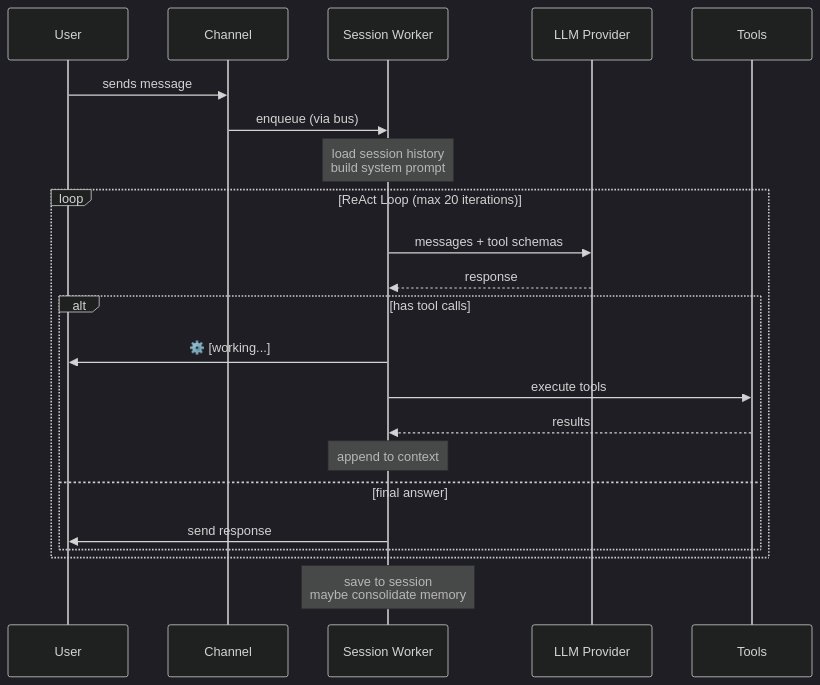
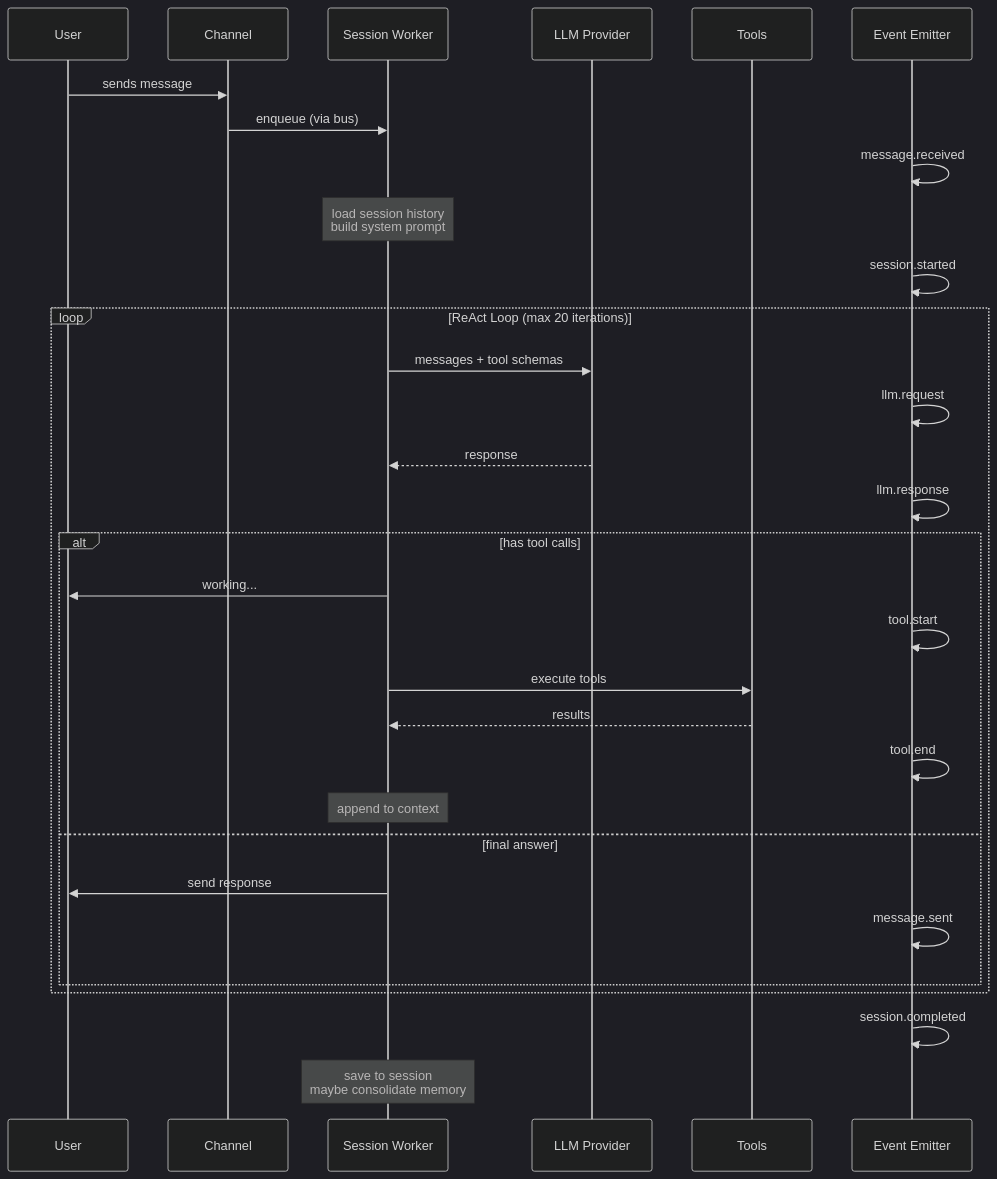
One commit to ddx-510/nano-bot-go changed the second of 4 diagrams in README.md. Above: the diagram before and after it, drawn with Mermaid (dark theme). The commit also changed other lines of this file and 13 other files, not shown here.

````diff
--- a/README.md
+++ b/README.md
@@ -92,29 +104,39 @@
 ```mermaid
 sequenceDiagram
     participant U as User
     participant C as Channel
     participant W as Session Worker
     participant LLM as LLM Provider
     participant T as Tools
+    participant E as Event Emitter
 
     U->>C: sends message
     C->>W: enqueue (via bus)
+    E->>E: message.received
 
     Note over W: load session history<br/>build system prompt
 
+    E->>E: session.started
+
     loop ReAct Loop (max 20 iterations)
         W->>LLM: messages + tool schemas
+        E->>E: llm.request
         LLM-->>W: response
+        E->>E: llm.response
 
         alt has tool calls
-            W->>U: ⚙️ [working...]
+            W->>U: working...
+            E->>E: tool.start
             W->>T: execute tools
             T-->>W: results
+            E->>E: tool.end
             Note over W: append to context
         else final answer
             W->>U: send response
+            E->>E: message.sent
         end
     end
 
+    E->>E: session.completed
     Note over W: save to session<br/>maybe consolidate memory
 ```
````
